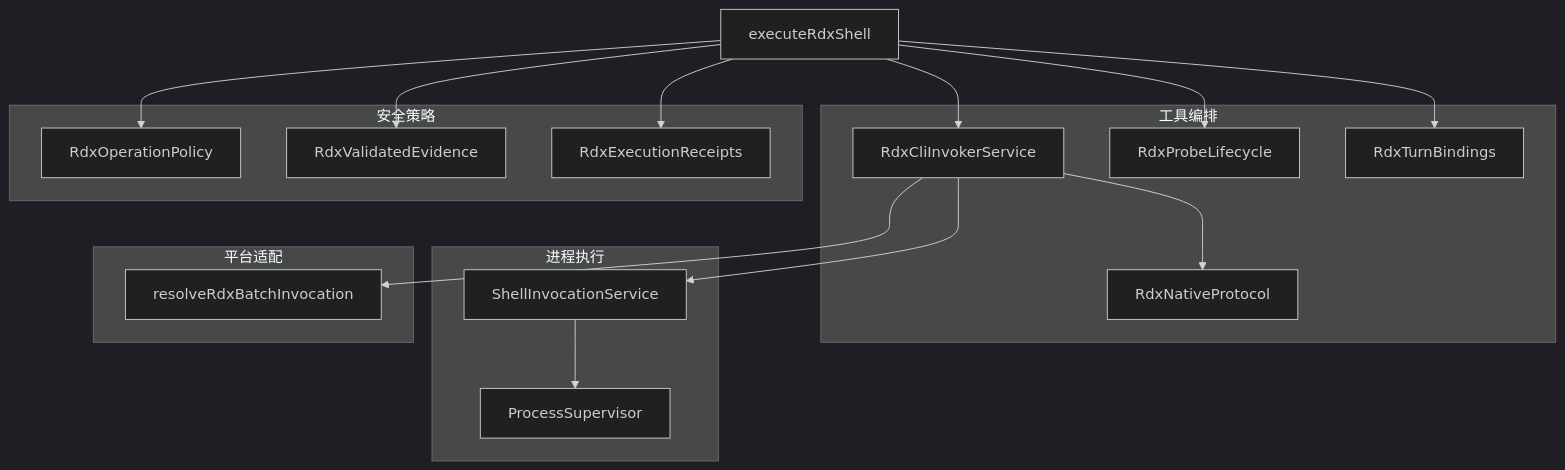
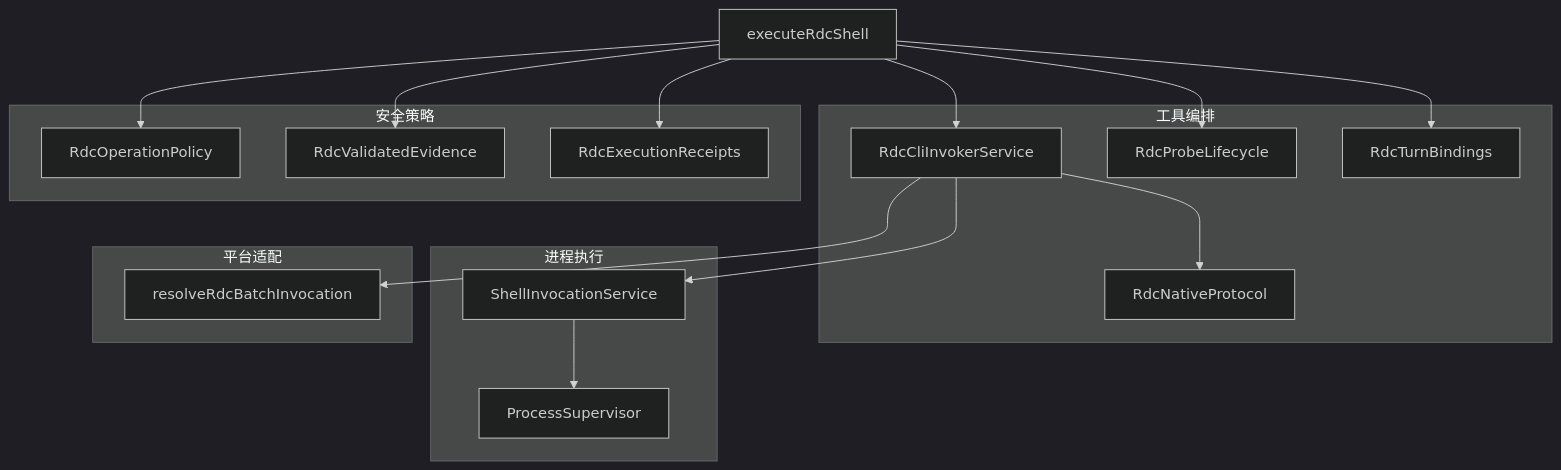
One commit to haolange/RDC-Agent changed the first of 6 diagrams in .qoder/repowiki/zh/content/架构设计/核心组件设计/CLI调用器设计/CLI调用器设计.md. Above: the diagram before and after it, drawn with Mermaid (dark theme). The commit also changed other lines of this file and 557 other files, not shown here.

````diff
--- a/.qoder/repowiki/zh/content/架构设计/核心组件设计/CLI调用器设计/CLI调用器设计.md
+++ b/.qoder/repowiki/zh/content/架构设计/核心组件设计/CLI调用器设计/CLI调用器设计.md
@@ -59,32 +59,32 @@
 ```mermaid
 graph TB
 subgraph "工具编排"
-A["RdxCliInvokerService"]
-B["RdxNativeProtocol"]
-C["RdxProbeLifecycle"]
-D["RdxTurnBindings"]
+A["RdcCliInvokerService"]
+B["RdcNativeProtocol"]
+C["RdcProbeLifecycle"]
+D["RdcTurnBindings"]
 end
 subgraph "进程执行"
 E["ShellInvocationService"]
 F["ProcessSupervisor"]
 end
 subgraph "安全策略"
-G["RdxOperationPolicy"]
-H["RdxValidatedEvidence"]
-I["RdxExecutionReceipts"]
+G["RdcOperationPolicy"]
+H["RdcValidatedEvidence"]
+I["RdcExecutionReceipts"]
 end
 subgraph "平台适配"
-J["resolveRdxBatchInvocation"]
+J["resolveRdcBatchInvocation"]
 end
-K["executeRdxShell"]
+K["executeRdcShell"]
 A --> E
 A --> B
 A --> J
 E --> F
 K --> A
 K --> C
 K --> D
 K --> G
 K --> H
 K --> I
 ```
````
